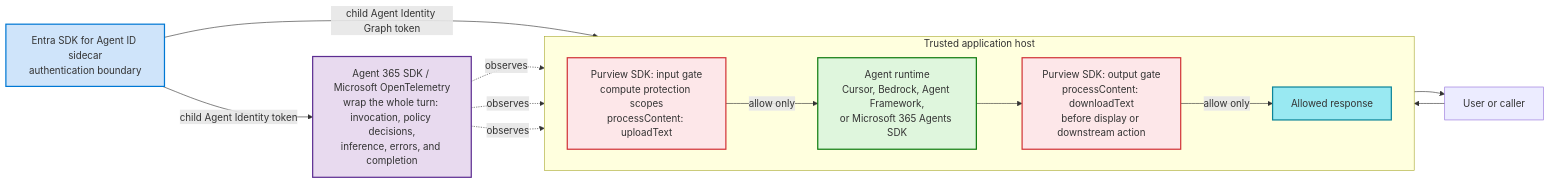
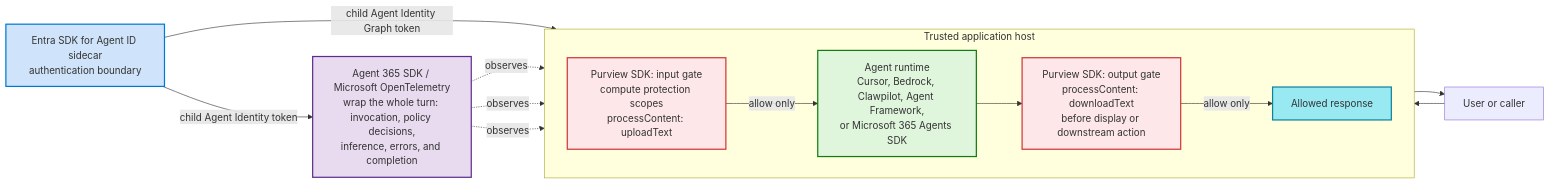
One commit to mward-msft1/SDK_template changed the diagram in template/README.md. Above: the diagram before and after it, drawn with Mermaid. The commit also changed other lines of this file and 17 other files, not shown here.

Commit message:
Add governed Clawpilot agent template

````diff
--- a/template/README.md
+++ b/template/README.md
@@ -103,33 +110,33 @@
 ```mermaid
 flowchart LR
     User[User or caller] --> InputGate
 
     subgraph Host["Trusted application host"]
         direction LR
         InputGate["Purview SDK: input gate<br/>compute protection scopes<br/>processContent: uploadText"]
-        Runtime["Agent runtime<br/>Cursor, Bedrock, Agent Framework,<br/>or Microsoft 365 Agents SDK"]
+        Runtime["Agent runtime<br/>Cursor, Bedrock, Clawpilot, Agent Framework,<br/>or Microsoft 365 Agents SDK"]
         OutputGate["Purview SDK: output gate<br/>processContent: downloadText<br/>before display or downstream action"]
         Response[Allowed response]
 
         InputGate -->|allow only| Runtime
         Runtime --> OutputGate
         OutputGate -->|allow only| Response
     end
 
     Entra["Entra SDK for Agent ID sidecar<br/>authentication boundary"] -->|child Agent Identity Graph token| InputGate
     Entra -->|child Agent Identity token| A365
 
     A365["Agent 365 SDK / Microsoft OpenTelemetry<br/>wrap the whole turn: invocation, policy decisions,<br/>inference, errors, and completion"]
     A365 -. observes .-> InputGate
     A365 -. observes .-> Runtime
     A365 -. observes .-> OutputGate
 
     Response --> User
 
     style Entra fill:#CFE4FA,stroke:#0078D4,stroke-width:2px
     style InputGate fill:#FDE7E9,stroke:#D13438,stroke-width:2px
     style OutputGate fill:#FDE7E9,stroke:#D13438,stroke-width:2px
     style Runtime fill:#DFF6DD,stroke:#107C10,stroke-width:2px
     style A365 fill:#E8DAEF,stroke:#5C2D91,stroke-width:2px
     style Response fill:#99E9F2,stroke:#0C8599,stroke-width:2px
 ```
````
